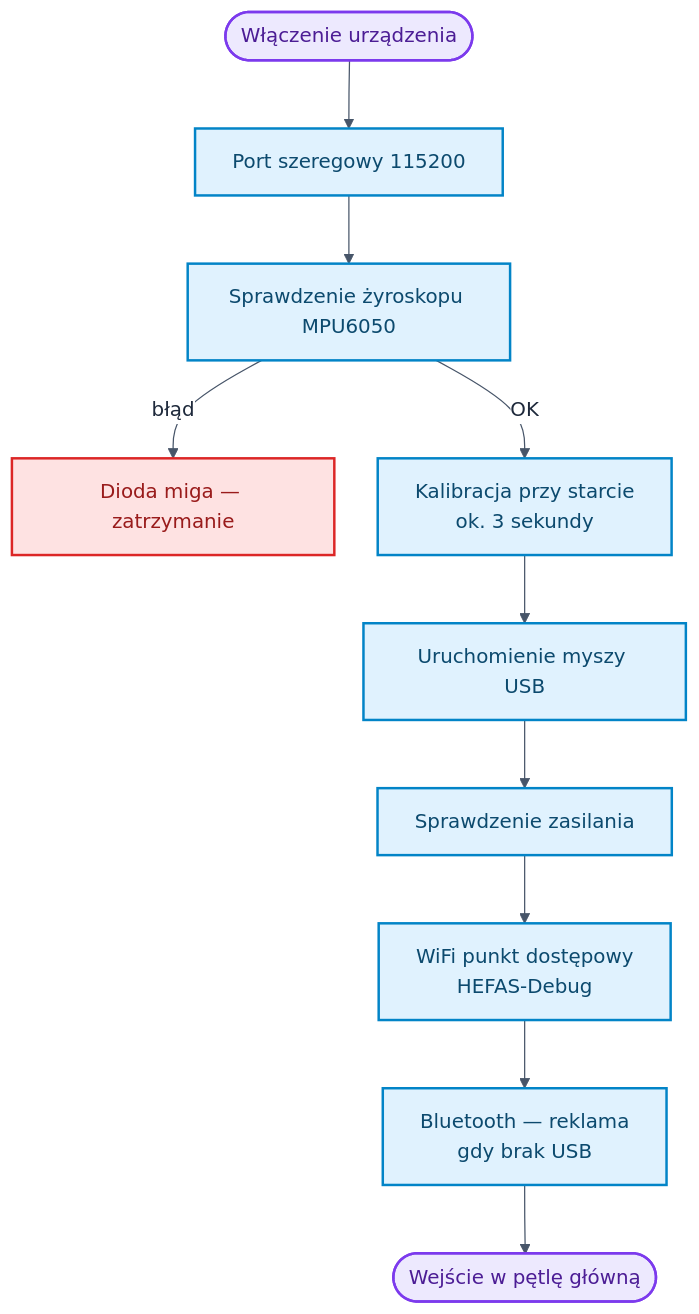
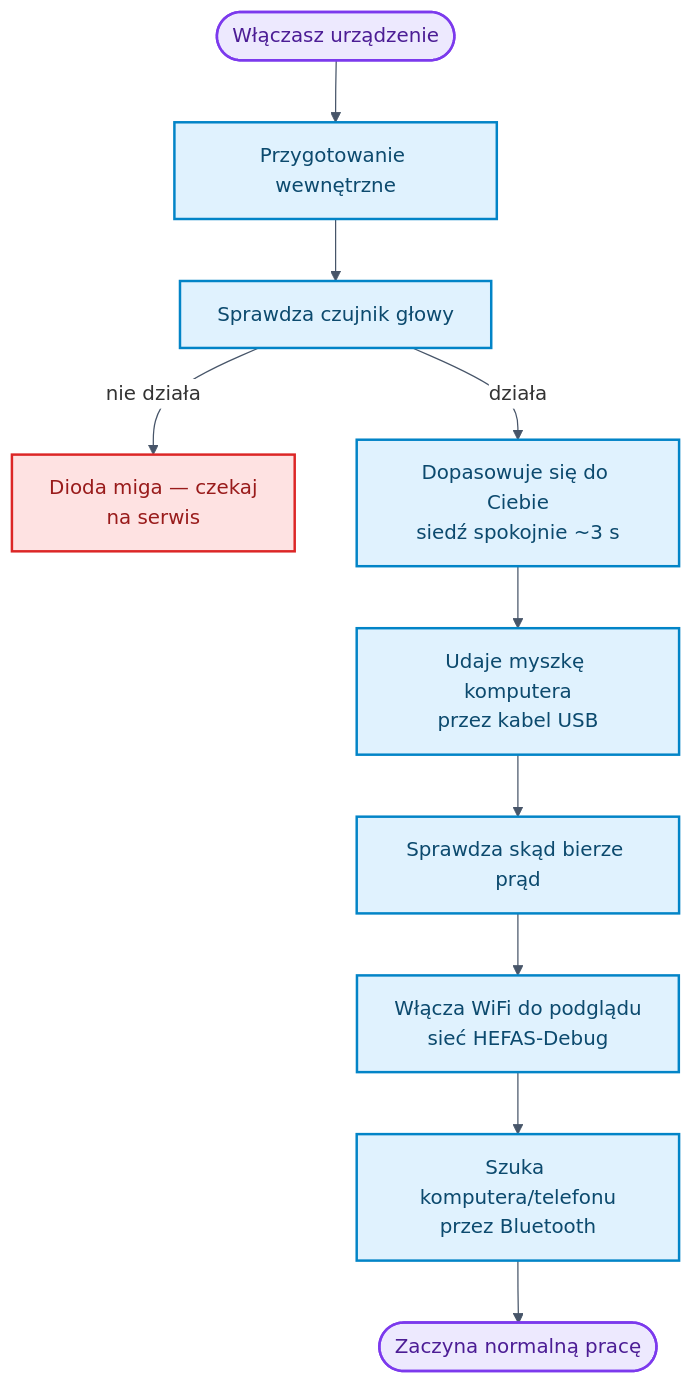
Before and after one commit to bartkadres-ai/HEFAS-4.0: the second of 10 diagrams in README.md, drawn with Mermaid. The commit also changed other lines of this file, not shown here.

````diff
--- a/README.md
+++ b/README.md
@@ -323,20 +325,20 @@
 ```mermaid
-%%{init: {"theme":"base","themeVariables":{"background":"#ffffff","mainBkg":"#ffffff","secondaryColor":"#ffffff","tertiaryColor":"#ffffff","primaryColor":"#ffffff","primaryTextColor":"#1e293b","secondaryTextColor":"#1e293b","tertiaryTextColor":"#1e293b","primaryBorderColor":"#64748b","lineColor":"#475569","clusterBkg":"#f8fafc","clusterBorder":"#cbd5e1","edgeLabelBackground":"#ffffff","textColor":"#1e293b"},"themeCSS":".mermaid,.mermaid svg{background-color:#ffffff!important;padding:8px}.nodeLabel,.edgeLabel,.label,.cluster-label{color:#1e293b!important}.cluster rect{fill:#f8fafc!important;stroke:#cbd5e1!important}","flowchart":{"curve":"basis","nodeSpacing":35,"rankSpacing":55}}}%%
+%%{init: { 'theme': 'default', 'themeVariables': { 'darkMode': false, 'background': '#ffffff', 'mainBkg': '#ffffff', 'primaryColor': '#ffffff', 'secondaryColor': '#ffffff', 'tertiaryColor': '#ffffff', 'primaryTextColor': '#1e293b', 'lineColor': '#475569', 'clusterBkg': '#f8fafc', 'clusterBorder': '#cbd5e1', 'edgeLabelBackground': '#ffffff', 'noteBkgColor': '#f8fafc', 'noteTextColor': '#475569' }}}%%
 flowchart TD
-    S([Włączenie urządzenia]) --> SER[Port szeregowy 115200]
-    SER --> I2C[Sprawdzenie żyroskopu MPU6050]
-    I2C -->|błąd| BLINK[Dioda miga — zatrzymanie]
-    I2C -->|OK| KAL0["Kalibracja przy starcie<br/>ok. 3 sekundy"]
-    KAL0 --> USB["Uruchomienie myszy USB"]
-    USB --> ZAS0[Sprawdzenie zasilania]
-    ZAS0 --> WD["WiFi punkt dostępowy<br/>HEFAS-Debug"]
-    WD --> BLE0["Bluetooth — reklama<br/>gdy brak USB"]
-    BLE0 --> E([Wejście w pętlę główną])
+    S([Włączasz urządzenie]) --> SER[Przygotowanie wewnętrzne]
+    SER --> I2C[Sprawdza czujnik głowy]
+    I2C -->|nie działa| BLINK[Dioda miga — czekaj<br/>na serwis]
+    I2C -->|działa| KAL0["Dopasowuje się do Ciebie<br/>siedź spokojnie ~3 s"]
+    KAL0 --> USB["Udaje myszkę komputera<br/>przez kabel USB"]
+    USB --> ZAS0[Sprawdza skąd bierze prąd]
+    ZAS0 --> WD["Włącza WiFi do podglądu<br/>sieć HEFAS-Debug"]
+    WD --> BLE0["Szuka komputera/telefonu<br/>przez Bluetooth"]
+    BLE0 --> E([Zaczyna normalną pracę])
 
     classDef startEnd fill:#ede9fe,stroke:#7c3aed,stroke-width:2px,color:#4c1d95
     classDef process fill:#e0f2fe,stroke:#0284c7,stroke-width:2px,color:#0c4a6e
     classDef bad fill:#fee2e2,stroke:#dc2626,stroke-width:2px,color:#991b1b
     class S,E startEnd
     class SER,I2C,KAL0,USB,ZAS0,WD,BLE0 process
     class BLINK bad
 ```
````
